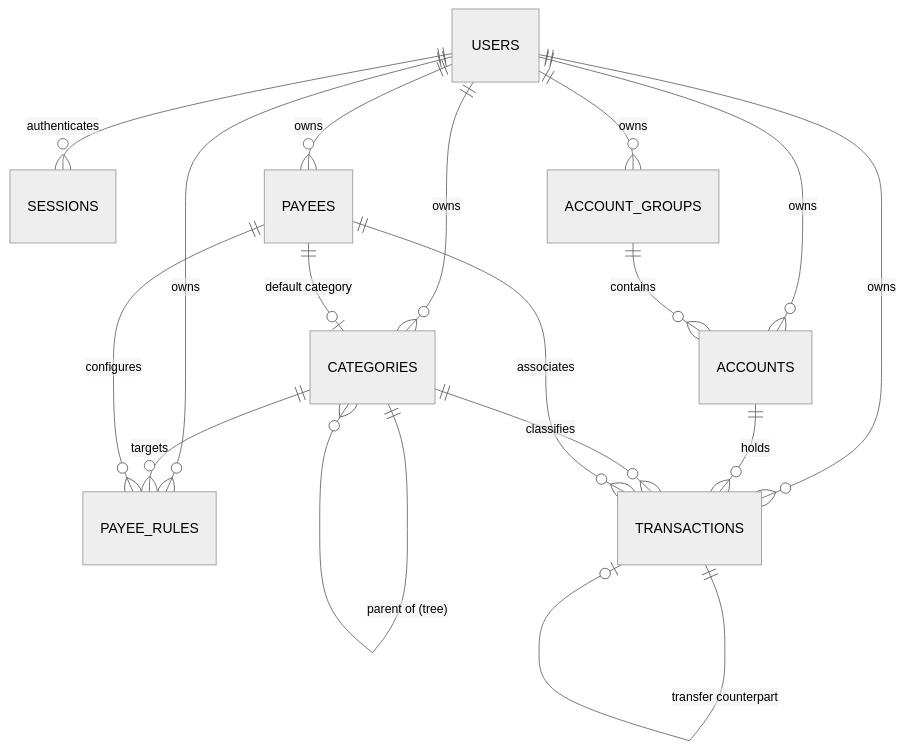
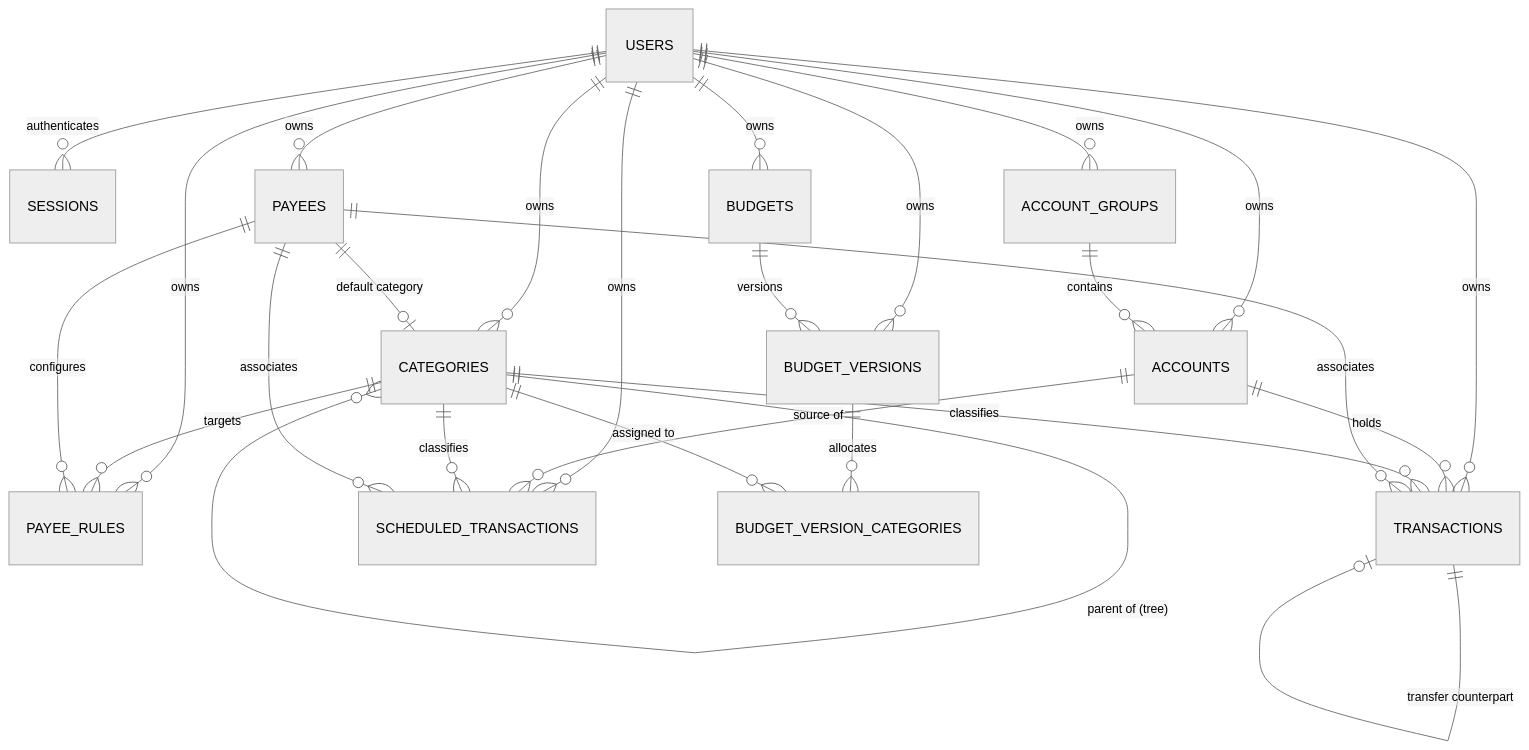
One commit to thealternator89/buddy changed the first of 2 diagrams in docs/ARCHITECTURE.MD. Above: the diagram before and after it, drawn with Mermaid (neutral theme). The commit also changed other lines of this file and 1 other file, not shown here.

First line of the commit message:
docs: document versioned budgets and update architectural specifications

````diff
--- a/docs/ARCHITECTURE.MD
+++ b/docs/ARCHITECTURE.MD
@@ -73,19 +73,28 @@
 ```mermaid
 erDiagram
     USERS ||--o{ SESSIONS : "authenticates"
     USERS ||--o{ ACCOUNT_GROUPS : "owns"
     USERS ||--o{ ACCOUNTS : "owns"
     USERS ||--o{ CATEGORIES : "owns"
     USERS ||--o{ PAYEES : "owns"
     USERS ||--o{ PAYEE_RULES : "owns"
     USERS ||--o{ TRANSACTIONS : "owns"
+    USERS ||--o{ SCHEDULED_TRANSACTIONS : "owns"
+    USERS ||--o{ BUDGETS : "owns"
+    USERS ||--o{ BUDGET_VERSIONS : "owns"
+    BUDGETS ||--o{ BUDGET_VERSIONS : "versions"
+    BUDGET_VERSIONS ||--o{ BUDGET_VERSION_CATEGORIES : "allocates"
+    CATEGORIES ||--o{ BUDGET_VERSION_CATEGORIES : "assigned to"
     ACCOUNT_GROUPS ||--o{ ACCOUNTS : "contains"
     ACCOUNTS ||--o{ TRANSACTIONS : "holds"
+    ACCOUNTS ||--o{ SCHEDULED_TRANSACTIONS : "source of"
     CATEGORIES ||--o{ CATEGORIES : "parent of (tree)"
     CATEGORIES ||--o{ TRANSACTIONS : "classifies"
+    CATEGORIES ||--o{ SCHEDULED_TRANSACTIONS : "classifies"
     CATEGORIES ||--o{ PAYEE_RULES : "targets"
     PAYEES ||--o{ TRANSACTIONS : "associates"
+    PAYEES ||--o{ SCHEDULED_TRANSACTIONS : "associates"
     PAYEES ||--o{ PAYEE_RULES : "configures"
     PAYEES ||--o| CATEGORIES : "default category"
     TRANSACTIONS ||--o| TRANSACTIONS : "transfer counterpart"
 ```
````
